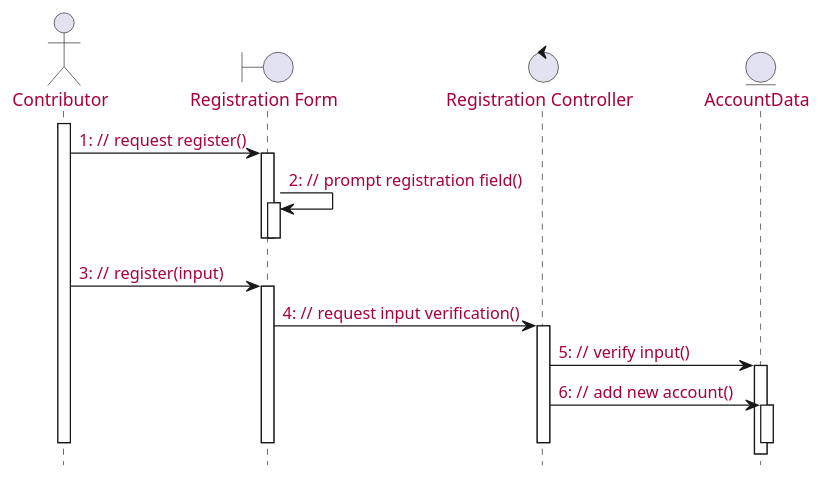
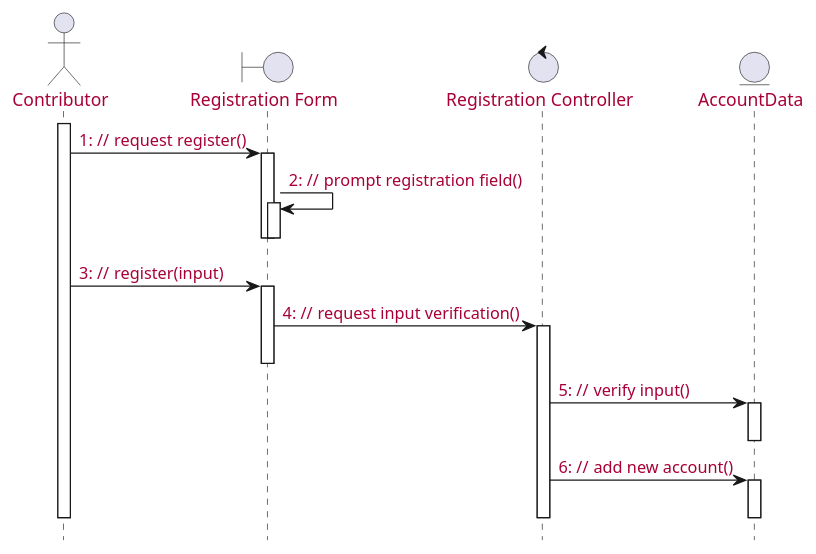
One commit to McSinyx/ipppi changed the first of 6 diagrams in source/solution/use-case-design.rst. Above: the diagram before and after it, drawn with PlantUML. The commit also changed other lines of this file, not shown here.

```diff
--- a/source/solution/use-case-design.rst
+++ b/source/solution/use-case-design.rst
@@ -16,27 +16,27 @@
 .. uml::
 
    skinparam defaultFontColor #a80036
    autonumber "#: //"
    autoactivate on
    hide footbox
 
    actor Contributor
    boundary "Registration Form" as RF
    control "Registration Controller" as RC
    entity AccountData
 
    activate Contributor
    Contributor -> RF : request register()
    RF -> RF : prompt registration field()
    deactivate RF
    deactivate RF
 
    Contributor -> RF : register(input)
    RF -> RC : request input verification()
+   deactivate RF   
    RC -> AccountData : verify input()
-
+   deactivate AccountData
    RC -> AccountData : add new account()
    deactivate AccountData
    deactivate RC
-   deactivate RF
    deactivate Contributor
```
